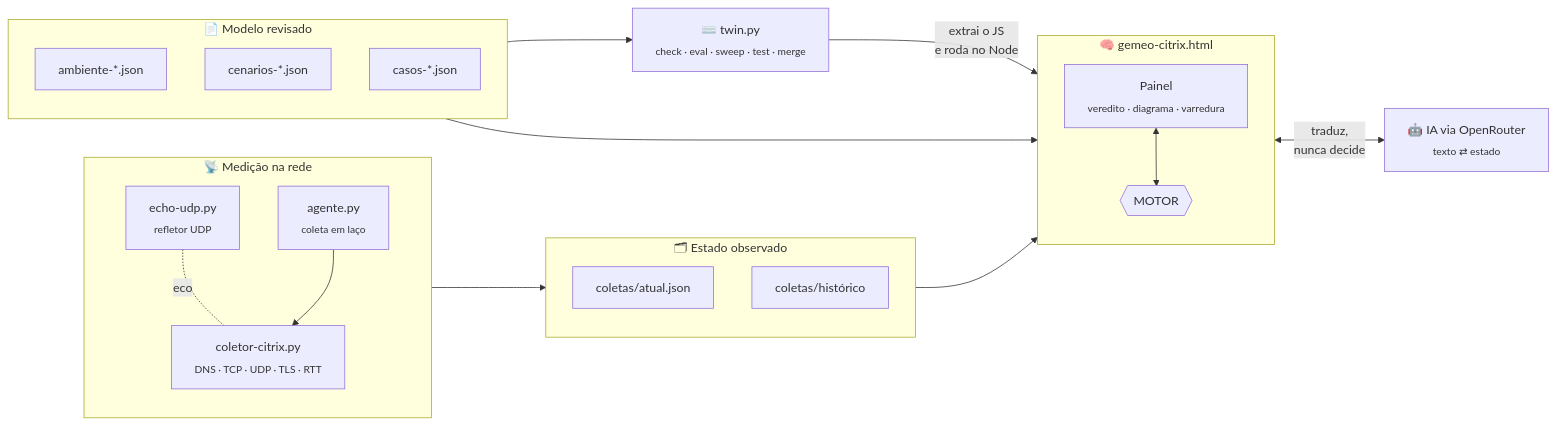
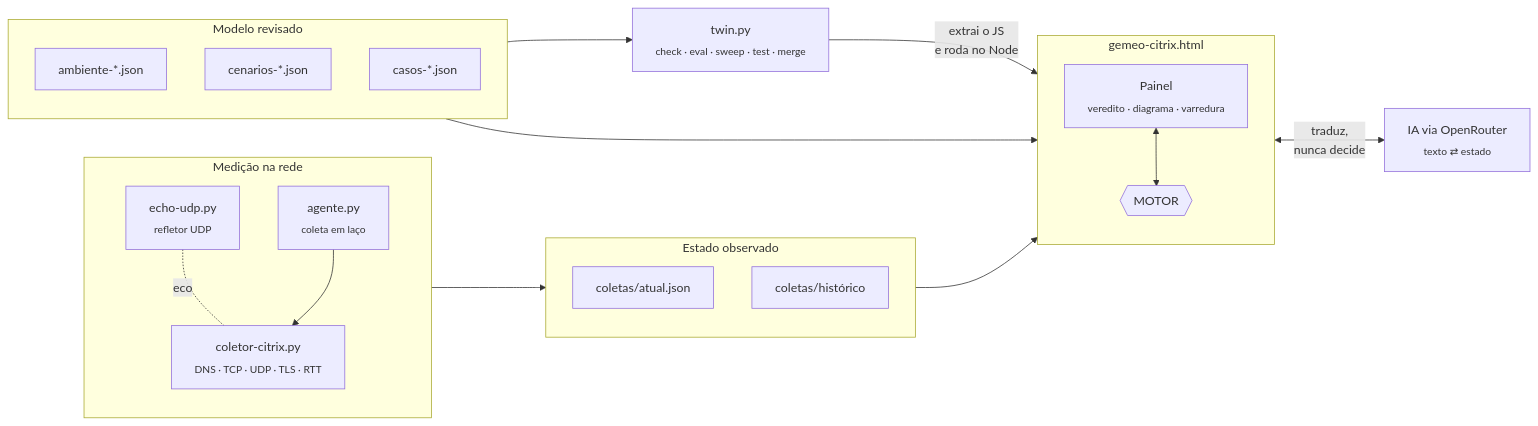
One commit to tr0drigues/gemeodigital changed the first of 12 diagrams in README.md. Above: the diagram before and after it, drawn with Mermaid. The commit also changed other lines of this file and 2 other files, not shown here.

First line of the commit message:
README: reescreve o texto em tom direto

````diff
--- a/README.md
+++ b/README.md
@@ -100,41 +39,41 @@
 ```mermaid
 flowchart LR
-    subgraph MED["📡 Medição na rede"]
+    subgraph MED["Medição na rede"]
         direction TB
         ECO["echo-udp.py<br/><sub>refletor UDP</sub>"]
         COL["coletor-citrix.py<br/><sub>DNS · TCP · UDP · TLS · RTT</sub>"]
         AGE["agente.py<br/><sub>coleta em laço</sub>"]
         ECO -. eco .- COL
         AGE --> COL
     end
 
-    subgraph DADOS["🗂 Estado observado"]
+    subgraph DADOS["Estado observado"]
         direction TB
         ATU["coletas/atual.json"]
         HIS["coletas/histórico"]
     end
 
-    subgraph NUCLEO["🧠 gemeo-citrix.html"]
+    subgraph NUCLEO["gemeo-citrix.html"]
         direction TB
         UI["Painel<br/><sub>veredito · diagrama · varredura</sub>"]
         MOTOR{{"MOTOR"}}
         UI <--> MOTOR
     end
 
-    subgraph CFG["📄 Modelo revisado"]
+    subgraph CFG["Modelo revisado"]
         direction TB
         AMB["ambiente-*.json"]
         CEN["cenarios-*.json"]
         CAS["casos-*.json"]
     end
 
-    IA["🤖 IA via OpenRouter<br/><sub>texto ⇄ estado</sub>"]
-    TWIN["⌨️ twin.py<br/><sub>check · eval · sweep · test · merge</sub>"]
+    IA["IA via OpenRouter<br/><sub>texto ⇄ estado</sub>"]
+    TWIN["twin.py<br/><sub>check · eval · sweep · test · merge</sub>"]
 
     MED --> DADOS
     ATU --> UI
     CFG --> NUCLEO
     CAS --> TWIN
     TWIN -- "extrai o JS<br/>e roda no Node" --> MOTOR
     UI <-- "traduz,<br/>nunca decide" --> IA
 ```
````
